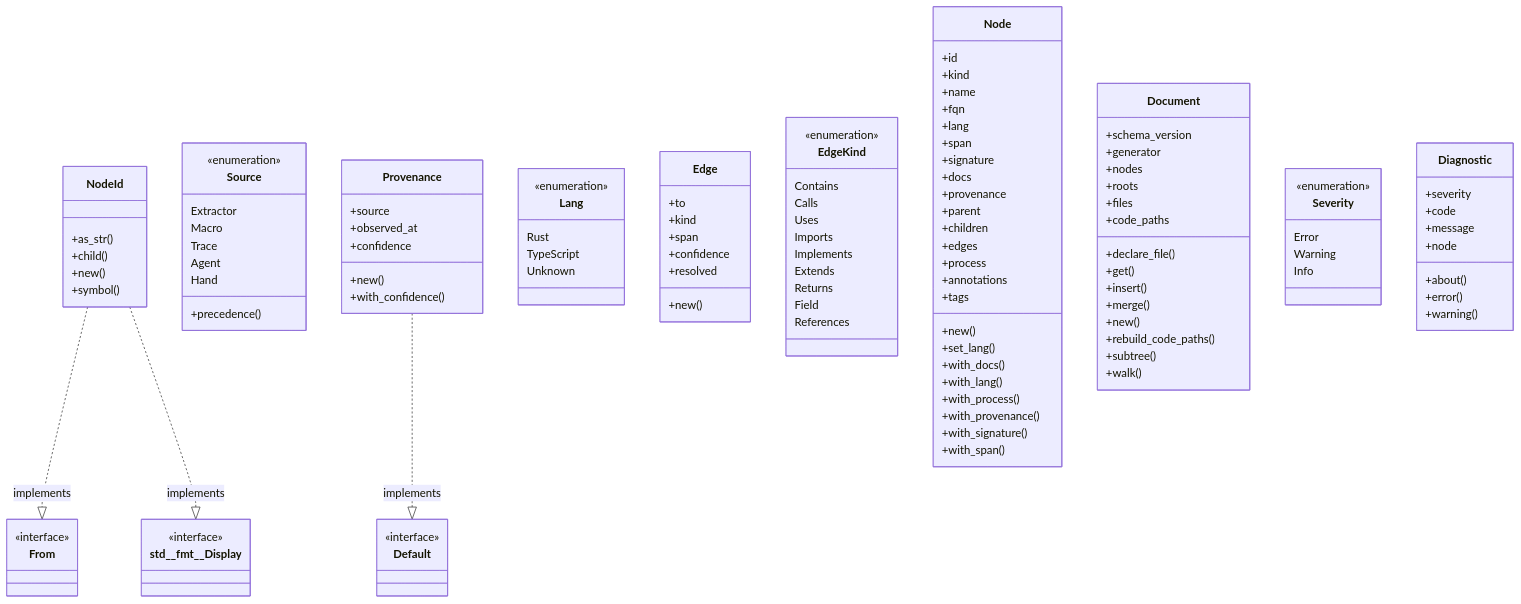
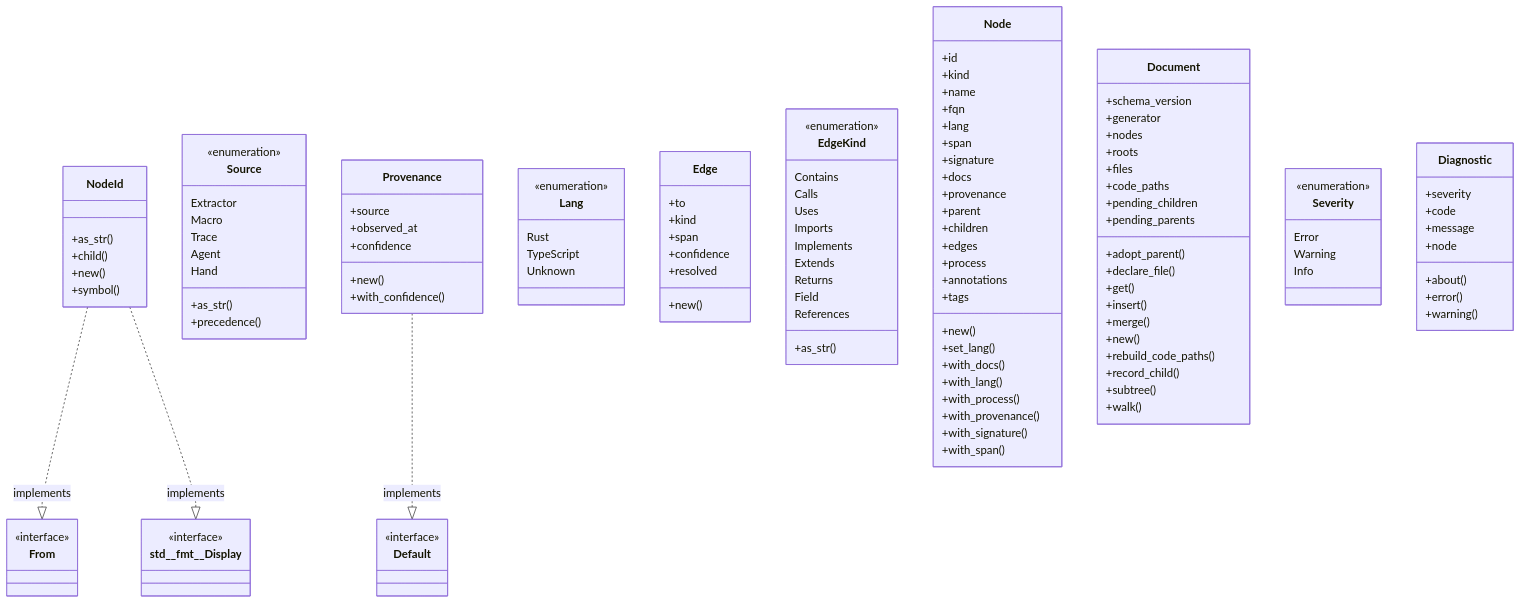
Before and after one commit to RyanGuild/self-describing-code: the first of 3 diagrams in docs/self-model/robby_ir/model/index.md, drawn with Mermaid. The commit also changed other lines of this file and 747 other files, not shown here.

```diff
--- a/docs/self-model/robby_ir/model/index.md
+++ b/docs/self-model/robby_ir/model/index.md
@@ -26,6 +26,7 @@
         Trace
         Agent
         Hand
+        +as_str()
         +precedence()
     }
     class Provenance {
@@ -60,6 +61,7 @@
         Returns
         Field
         References
+        +as_str()
     }
     class Node {
         +id
@@ -93,12 +95,16 @@
         +roots
         +files
         +code_paths
+        +pending_children
+        +pending_parents
+        +adopt_parent()
         +declare_file()
         +get()
         +insert()
         +merge()
         +new()
         +rebuild_code_paths()
+        +record_child()
         +subtree()
         +walk()
     }
```
